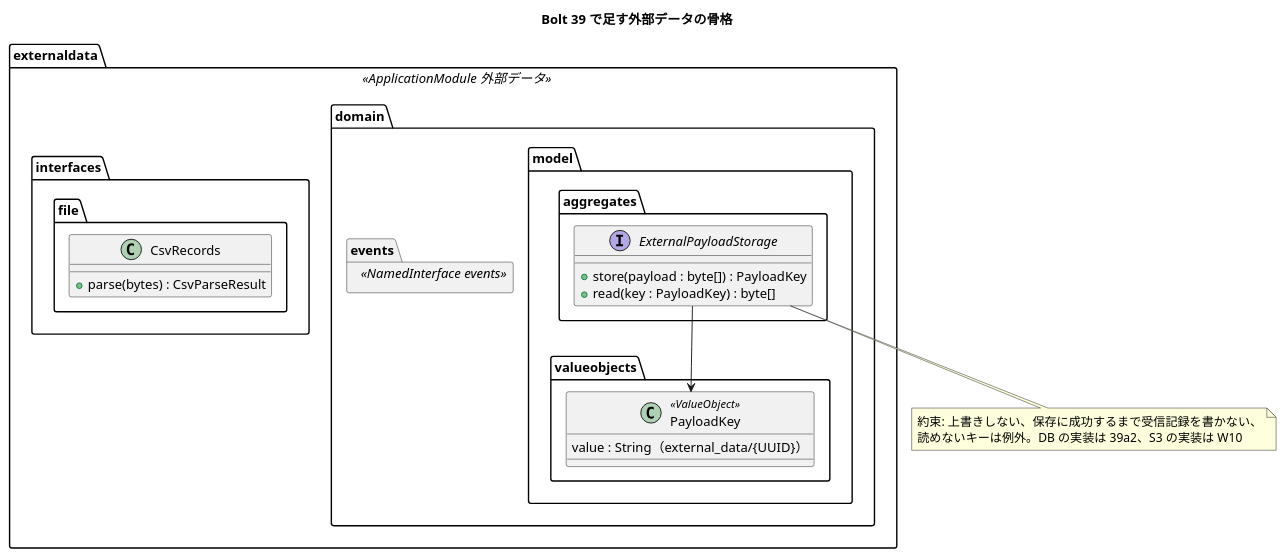
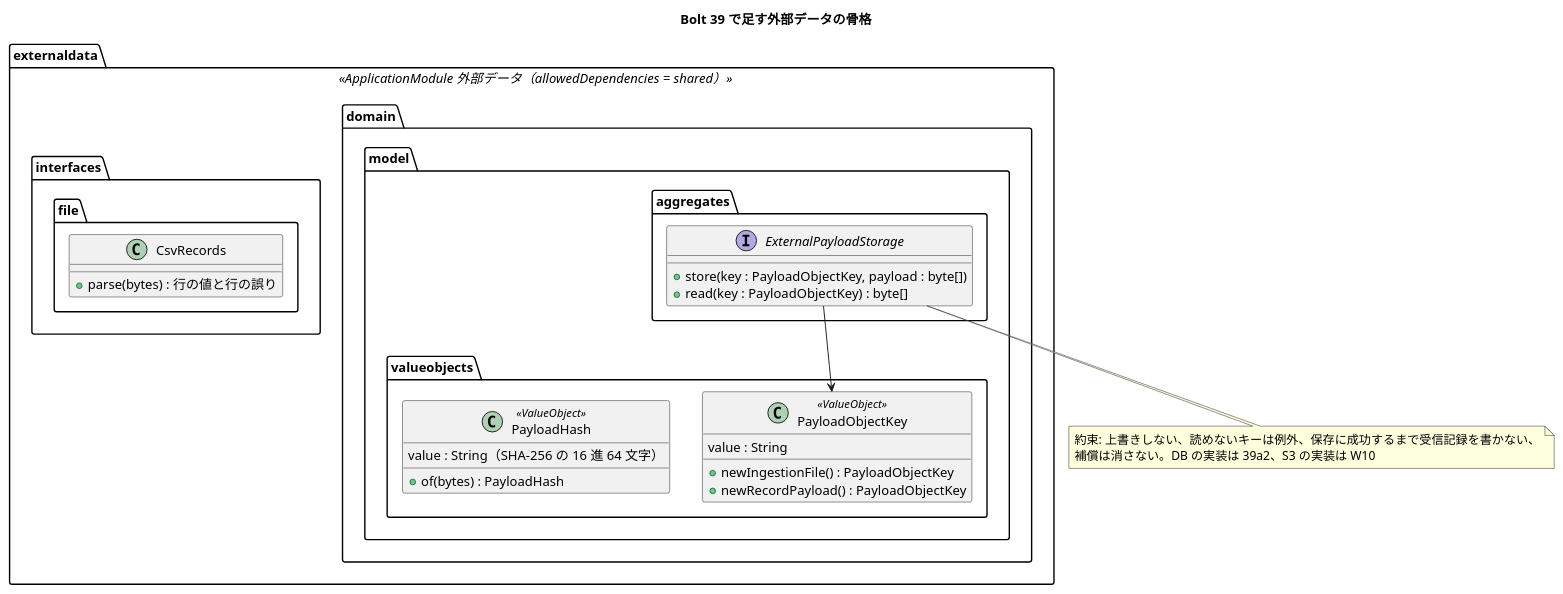
Before and after one commit to k2works/practical-domain-driven-design-in-enterpris-application: the diagram in docs/development/cargo-tracker/bolt_39_plan.md, drawn with PlantUML. The commit also changed other lines of this file and 2 other files, not shown here.

````diff
--- a/docs/development/cargo-tracker/bolt_39_plan.md
+++ b/docs/development/cargo-tracker/bolt_39_plan.md
@@ -104,30 +113,34 @@
 ```plantuml
 @startuml
 title Bolt 39 で足す外部データの骨格
-package "externaldata" <<ApplicationModule 外部データ>> {
+package "externaldata" <<ApplicationModule 外部データ（allowedDependencies = shared）>> {
   package "domain.model.aggregates" {
     interface ExternalPayloadStorage {
-      + store(payload : byte[]) : PayloadKey
-      + read(key : PayloadKey) : byte[]
+      + store(key : PayloadObjectKey, payload : byte[])
+      + read(key : PayloadObjectKey) : byte[]
     }
   }
   package "domain.model.valueobjects" {
-    class PayloadKey <<ValueObject>> {
-      value : String（external_data/{UUID}）
+    class PayloadObjectKey <<ValueObject>> {
+      value : String
+      + newIngestionFile() : PayloadObjectKey
+      + newRecordPayload() : PayloadObjectKey
     }
-  }
-  package "domain.events" <<NamedInterface events>> {
+    class PayloadHash <<ValueObject>> {
+      value : String（SHA-256 の 16 進 64 文字）
+      + of(bytes) : PayloadHash
+    }
   }
   package "interfaces.file" {
     class CsvRecords {
-      + parse(bytes) : CsvParseResult
+      + parse(bytes) : 行の値と行の誤り
     }
   }
 }
-ExternalPayloadStorage --> PayloadKey
+ExternalPayloadStorage --> PayloadObjectKey
 note bottom of ExternalPayloadStorage
-  約束: 上書きしない、保存に成功するまで受信記録を書かない、
-  読めないキーは例外。DB の実装は 39a2、S3 の実装は W10
+  約束: 上書きしない、読めないキーは例外、保存に成功するまで受信記録を書かない、
+  補償は消さない。DB の実装は 39a2、S3 の実装は W10
 end note
 @enduml
 ```
````
